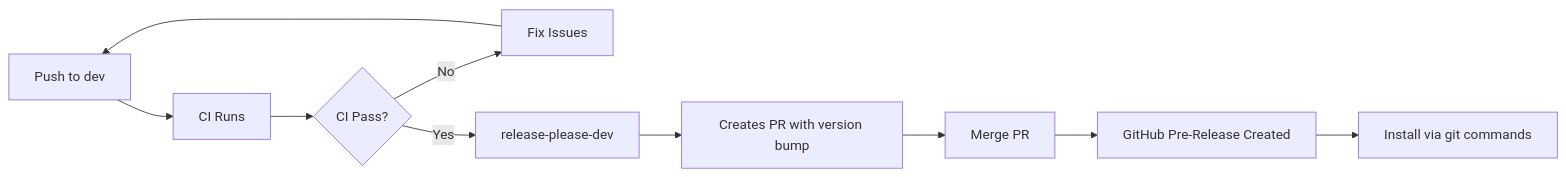
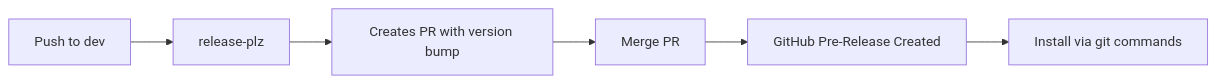
Before and after one commit to cpjet64/rappct: the first of 2 diagrams in WORKFLOW.md, drawn with Mermaid. The commit also changed other lines of this file and 10 other files, not shown here.

First line of the commit message:
feat: migrate from release-please to release-plz

````diff
--- a/WORKFLOW.md
+++ b/WORKFLOW.md
@@ -27,12 +27,8 @@
 ```mermaid
 graph LR
-    A[Push to dev] --> B[CI Runs]
-    B --> C{CI Pass?}
-    C -->|No| D[Fix Issues]
-    D --> A
-    C -->|Yes| E[release-please-dev]
-    E --> F[Creates PR with version bump]
-    F --> G[Merge PR]
-    G --> H[GitHub Pre-Release Created]
-    H --> I[Install via git commands]
+    A[Push to dev] --> B[release-plz]
+    B --> C[Creates PR with version bump]
+    C --> D[Merge PR]
+    D --> E[GitHub Pre-Release Created]
+    E --> F[Install via git commands]
 ```
````
